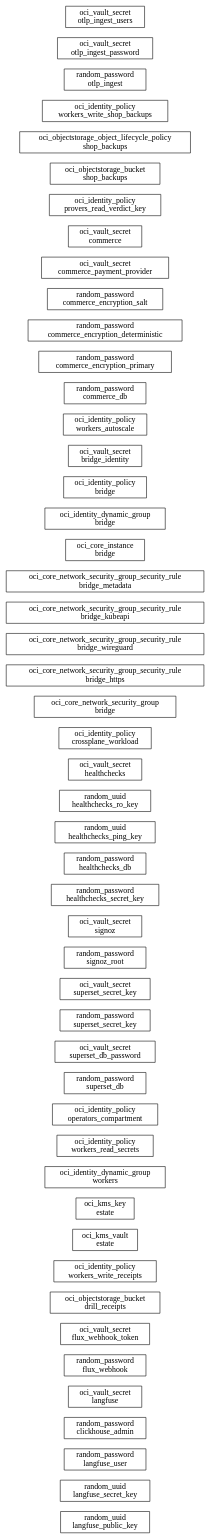
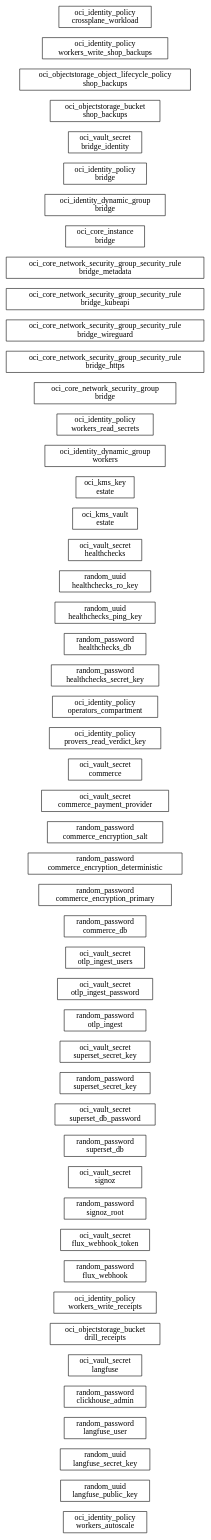
The diagram in docs/diagrams/estate-dag.dot (chidionyema/idp), drawn with Graphviz before and after one commit. The commit also changed other lines of this file, not shown here.

First line of the commit message:
chore(estate-dag): regenerate topology DAG from infrastructure state

```diff
--- a/docs/diagrams/estate-dag.dot
+++ b/docs/diagrams/estate-dag.dot
@@ -1,53 +1,53 @@
 digraph {
   rankdir=LR;
   node [shape=box];
+  "oci_identity_policy.workers_autoscale" [label="oci_identity_policy\nworkers_autoscale"];
   "random_uuid.langfuse_public_key" [label="random_uuid\nlangfuse_public_key"];
   "random_uuid.langfuse_secret_key" [label="random_uuid\nlangfuse_secret_key"];
   "random_password.langfuse_user" [label="random_password\nlangfuse_user"];
   "random_password.clickhouse_admin" [label="random_password\nclickhouse_admin"];
   "oci_vault_secret.langfuse" [label="oci_vault_secret\nlangfuse"];
+  "oci_objectstorage_bucket.drill_receipts" [label="oci_objectstorage_bucket\ndrill_receipts"];
+  "oci_identity_policy.workers_write_receipts" [label="oci_identity_policy\nworkers_write_receipts"];
   "random_password.flux_webhook" [label="random_password\nflux_webhook"];
   "oci_vault_secret.flux_webhook_token" [label="oci_vault_secret\nflux_webhook_token"];
-  "oci_objectstorage_bucket.drill_receipts" [label="oci_objectstorage_bucket\ndrill_receipts"];
-  "oci_identity_policy.workers_write_receipts" [label="oci_identity_policy\nworkers_write_receipts"];
-  "oci_kms_vault.estate" [label="oci_kms_vault\nestate"];
-  "oci_kms_key.estate" [label="oci_kms_key\nestate"];
-  "oci_identity_dynamic_group.workers" [label="oci_identity_dynamic_group\nworkers"];
-  "oci_identity_policy.workers_read_secrets" [label="oci_identity_policy\nworkers_read_secrets"];
-  "oci_identity_policy.operators_compartment" [label="oci_identity_policy\noperators_compartment"];
+  "random_password.signoz_root" [label="random_password\nsignoz_root"];
+  "oci_vault_secret.signoz" [label="oci_vault_secret\nsignoz"];
   "random_password.superset_db" [label="random_password\nsuperset_db"];
   "oci_vault_secret.superset_db_password" [label="oci_vault_secret\nsuperset_db_password"];
   "random_password.superset_secret_key" [label="random_password\nsuperset_secret_key"];
   "oci_vault_secret.superset_secret_key" [label="oci_vault_secret\nsuperset_secret_key"];
-  "random_password.signoz_root" [label="random_password\nsignoz_root"];
-  "oci_vault_secret.signoz" [label="oci_vault_secret\nsignoz"];
+  "random_password.otlp_ingest" [label="random_password\notlp_ingest"];
+  "oci_vault_secret.otlp_ingest_password" [label="oci_vault_secret\notlp_ingest_password"];
+  "oci_vault_secret.otlp_ingest_users" [label="oci_vault_secret\notlp_ingest_users"];
+  "random_password.commerce_db" [label="random_password\ncommerce_db"];
+  "random_password.commerce_encryption_primary" [label="random_password\ncommerce_encryption_primary"];
+  "random_password.commerce_encryption_deterministic" [label="random_password\ncommerce_encryption_deterministic"];
+  "random_password.commerce_encryption_salt" [label="random_password\ncommerce_encryption_salt"];
+  "oci_vault_secret.commerce_payment_provider" [label="oci_vault_secret\ncommerce_payment_provider"];
+  "oci_vault_secret.commerce" [label="oci_vault_secret\ncommerce"];
+  "oci_identity_policy.provers_read_verdict_key" [label="oci_identity_policy\nprovers_read_verdict_key"];
+  "oci_identity_policy.operators_compartment" [label="oci_identity_policy\noperators_compartment"];
   "random_password.healthchecks_secret_key" [label="random_password\nhealthchecks_secret_key"];
   "random_password.healthchecks_db" [label="random_password\nhealthchecks_db"];
   "random_uuid.healthchecks_ping_key" [label="random_uuid\nhealthchecks_ping_key"];
   "random_uuid.healthchecks_ro_key" [label="random_uuid\nhealthchecks_ro_key"];
   "oci_vault_secret.healthchecks" [label="oci_vault_secret\nhealthchecks"];
-  "oci_identity_policy.crossplane_workload" [label="oci_identity_policy\ncrossplane_workload"];
+  "oci_kms_vault.estate" [label="oci_kms_vault\nestate"];
+  "oci_kms_key.estate" [label="oci_kms_key\nestate"];
+  "oci_identity_dynamic_group.workers" [label="oci_identity_dynamic_group\nworkers"];
+  "oci_identity_policy.workers_read_secrets" [label="oci_identity_policy\nworkers_read_secrets"];
   "oci_core_network_security_group.bridge" [label="oci_core_network_security_group\nbridge"];
   "oci_core_network_security_group_security_rule.bridge_https" [label="oci_core_network_security_group_security_rule\nbridge_https"];
   "oci_core_network_security_group_security_rule.bridge_wireguard" [label="oci_core_network_security_group_security_rule\nbridge_wireguard"];
   "oci_core_network_security_group_security_rule.bridge_kubeapi" [label="oci_core_network_security_group_security_rule\nbridge_kubeapi"];
   "oci_core_network_security_group_security_rule.bridge_metadata" [label="oci_core_network_security_group_security_rule\nbridge_metadata"];
   "oci_core_instance.bridge" [label="oci_core_instance\nbridge"];
   "oci_identity_dynamic_group.bridge" [label="oci_identity_dynamic_group\nbridge"];
   "oci_identity_policy.bridge" [label="oci_identity_policy\nbridge"];
   "oci_vault_secret.bridge_identity" [label="oci_vault_secret\nbridge_identity"];
-  "oci_identity_policy.workers_autoscale" [label="oci_identity_policy\nworkers_autoscale"];
-  "random_password.commerce_db" [label="random_password\ncommerce_db"];
-  "random_password.commerce_encryption_primary" [label="random_password\ncommerce_encryption_primary"];
-  "random_password.commerce_encryption_deterministic" [label="random_password\ncommerce_encryption_deterministic"];
-  "random_password.commerce_encryption_salt" [label="random_password\ncommerce_encryption_salt"];
-  "oci_vault_secret.commerce_payment_provider" [label="oci_vault_secret\ncommerce_payment_provider"];
-  "oci_vault_secret.commerce" [label="oci_vault_secret\ncommerce"];
-  "oci_identity_policy.provers_read_verdict_key" [label="oci_identity_policy\nprovers_read_verdict_key"];
   "oci_objectstorage_bucket.shop_backups" [label="oci_objectstorage_bucket\nshop_backups"];
   "oci_objectstorage_object_lifecycle_policy.shop_backups" [label="oci_objectstorage_object_lifecycle_policy\nshop_backups"];
   "oci_identity_policy.workers_write_shop_backups" [label="oci_identity_policy\nworkers_write_shop_backups"];
-  "random_password.otlp_ingest" [label="random_password\notlp_ingest"];
-  "oci_vault_secret.otlp_ingest_password" [label="oci_vault_secret\notlp_ingest_password"];
-  "oci_vault_secret.otlp_ingest_users" [label="oci_vault_secret\notlp_ingest_users"];
+  "oci_identity_policy.crossplane_workload" [label="oci_identity_policy\ncrossplane_workload"];
 }
```
